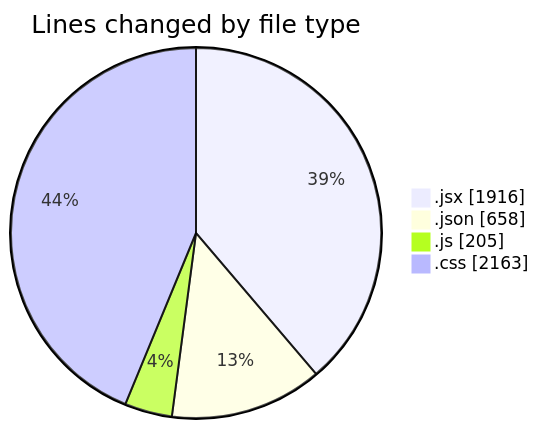
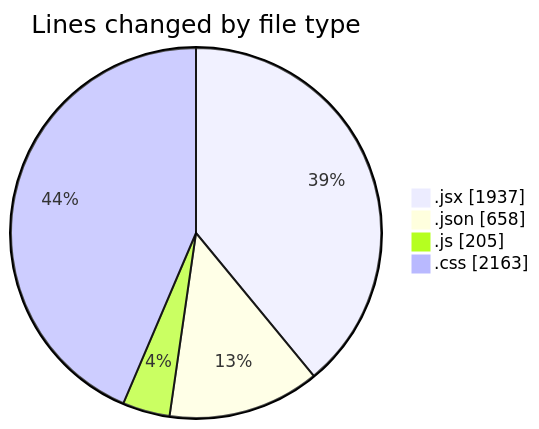
One commit to BS-eng2023/code-tracking changed the first of 2 diagrams in 2025-05-04/project/README.md. Above: the diagram before and after it, drawn with Mermaid. The commit also changed other lines of this file and 1 other file, not shown here.

````diff
--- a/2025-05-04/project/README.md
+++ b/2025-05-04/project/README.md
@@ -43,8 +43,8 @@
 ```mermaid
 pie showData
 title Lines changed by file type
-".jsx" : 1916
+".jsx" : 1937
 ".json" : 658
 ".js" : 205
 ".css" : 2163
 ```
````
